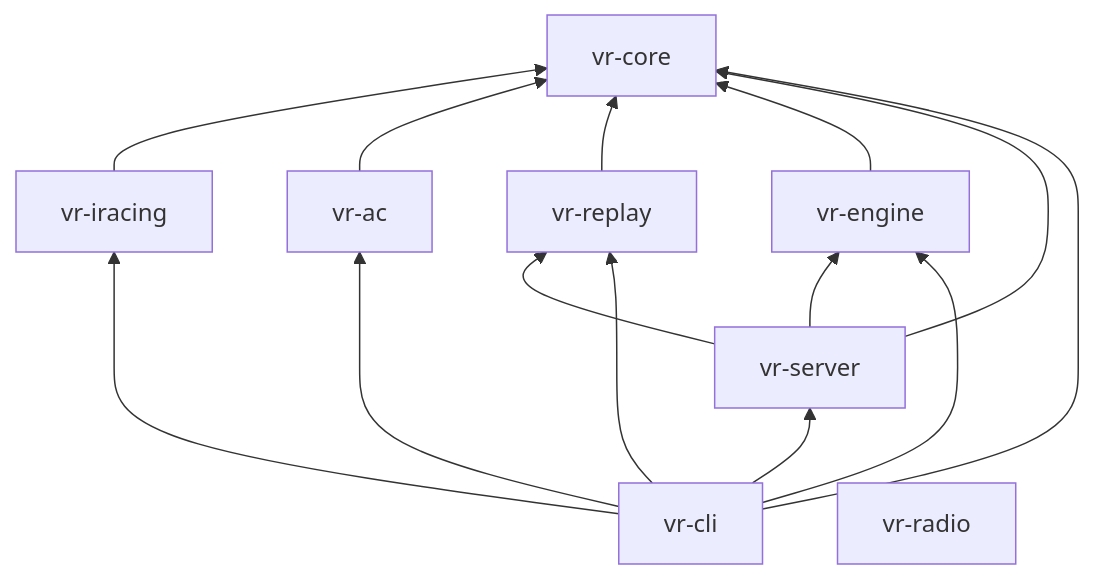
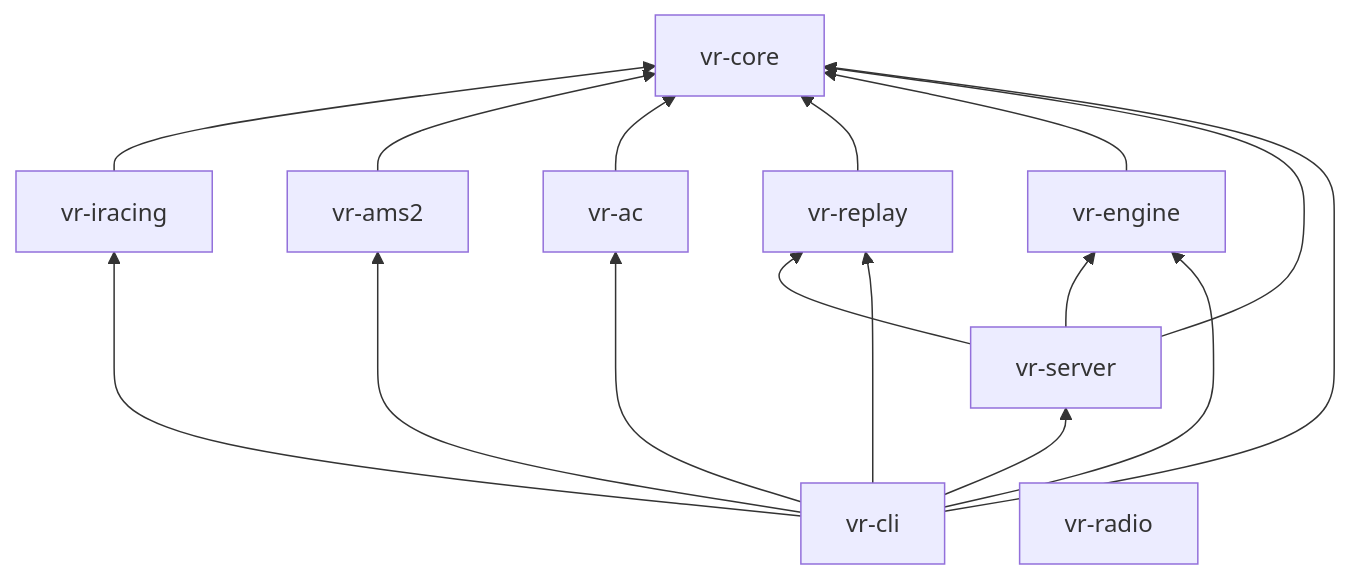
One commit to r4ai/vibe-racing changed the third of 5 diagrams in docs/architecture.md. Above: the diagram before and after it, drawn with Mermaid. The commit also changed other lines of this file and 34 other files, not shown here.

````diff
--- a/docs/architecture.md
+++ b/docs/architecture.md
@@ -143,18 +145,20 @@
 ```mermaid
 flowchart BT
     core[vr-core]
     iracing[vr-iracing] --> core
+    ams2[vr-ams2] --> core
     assetto[vr-ac] --> core
     replay[vr-replay] --> core
     engine[vr-engine] --> core
     server[vr-server] --> engine
     server --> replay
     server --> core
     cli[vr-cli] --> server
     cli --> engine
     cli --> iracing
+    cli --> ams2
     cli --> assetto
     cli --> replay
     cli --> core
     radio[vr-radio]
 ```
````
